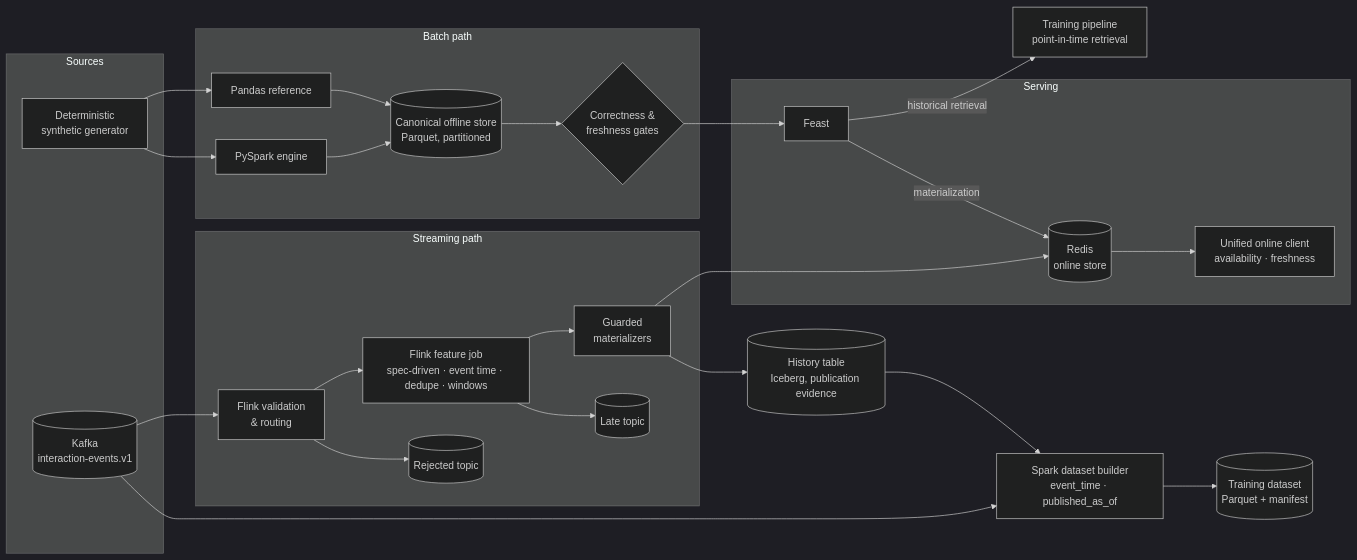
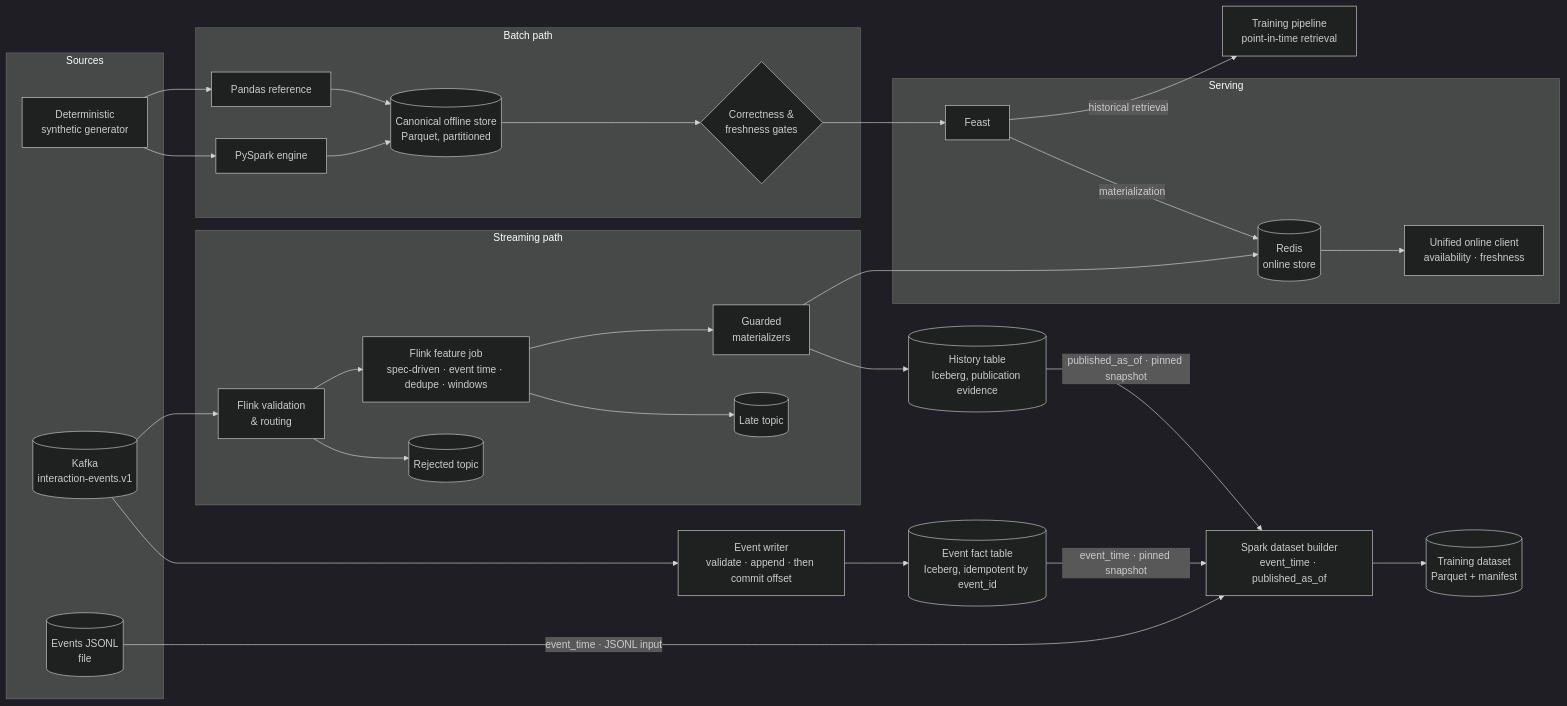
One commit to oster-dev/featureforge changed the diagram in README.md. Above: the diagram before and after it, drawn with Mermaid (dark theme). The commit also changed other lines of this file and 2 other files, not shown here.

Commit message:
docs: state only what is proven in the README head and show the event fact store (#78)

````diff
--- a/README.md
+++ b/README.md
@@ -22,45 +24,50 @@
 ```mermaid
 flowchart LR
     subgraph Sources
         GEN[Deterministic<br/>synthetic generator]
         EV[(Kafka<br/>interaction-events.v1)]
+        JSONL[(Events JSONL<br/>file)]
     end
 
     subgraph Batch["Batch path"]
         PD[Pandas reference]
         SP[PySpark engine]
         OFF[(Canonical offline store<br/>Parquet, partitioned)]
         GATE{Correctness &<br/>freshness gates}
     end
 
     subgraph Stream["Streaming path"]
         VAL[Flink validation<br/>& routing]
         REJ[(Rejected topic)]
         FJ[Flink feature job<br/>spec-driven · event time · dedupe · windows]
         LATE[(Late topic)]
         MAT[Guarded<br/>materializers]
     end
 
     subgraph Serving
         FEAST[Feast]
         REDIS[(Redis<br/>online store)]
         API[Unified online client<br/>availability · freshness]
     end
 
     TRAIN[Training pipeline<br/>point-in-time retrieval]
     HIST[(History table<br/>Iceberg, publication evidence)]
+    WRITER[Event writer<br/>validate · append · then commit offset]
+    FACT[(Event fact table<br/>Iceberg, idempotent by event_id)]
     DS[Spark dataset builder<br/>event_time · published_as_of]
     DSOUT[(Training dataset<br/>Parquet + manifest)]
 
     GEN --> PD & SP --> OFF --> GATE --> FEAST
     FEAST -->|historical retrieval| TRAIN
     FEAST -->|materialization| REDIS
     EV --> VAL --> FJ --> MAT --> REDIS
     VAL --> REJ
     FJ --> LATE
     REDIS --> API
     MAT --> HIST
-    EV --> DS
-    HIST --> DS
+    EV --> WRITER --> FACT
+    FACT -->|event_time · pinned snapshot| DS
+    JSONL -->|event_time · JSONL input| DS
+    HIST -->|published_as_of · pinned snapshot| DS
     DS --> DSOUT
 ```
````
